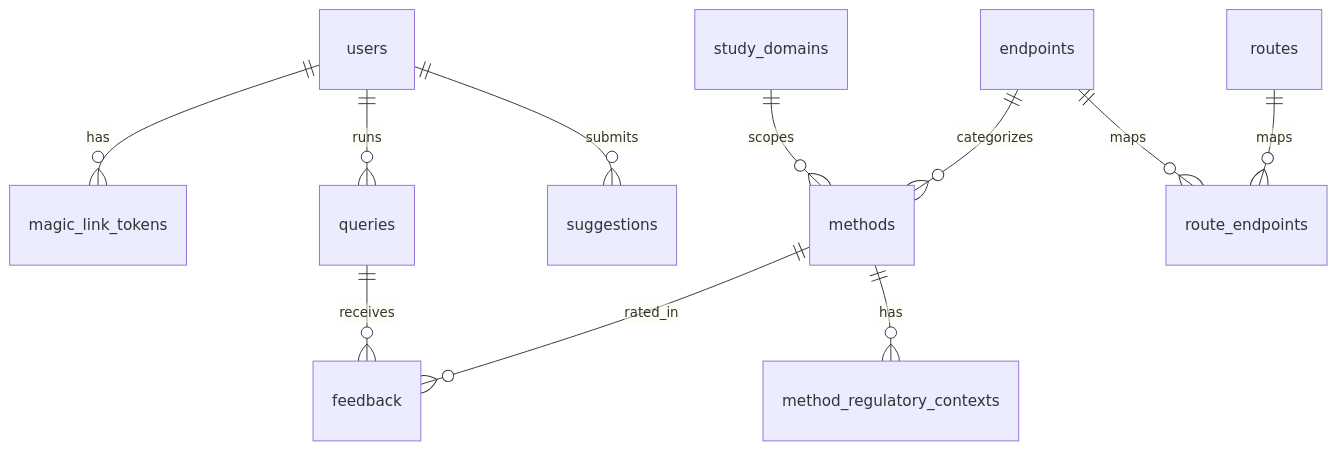
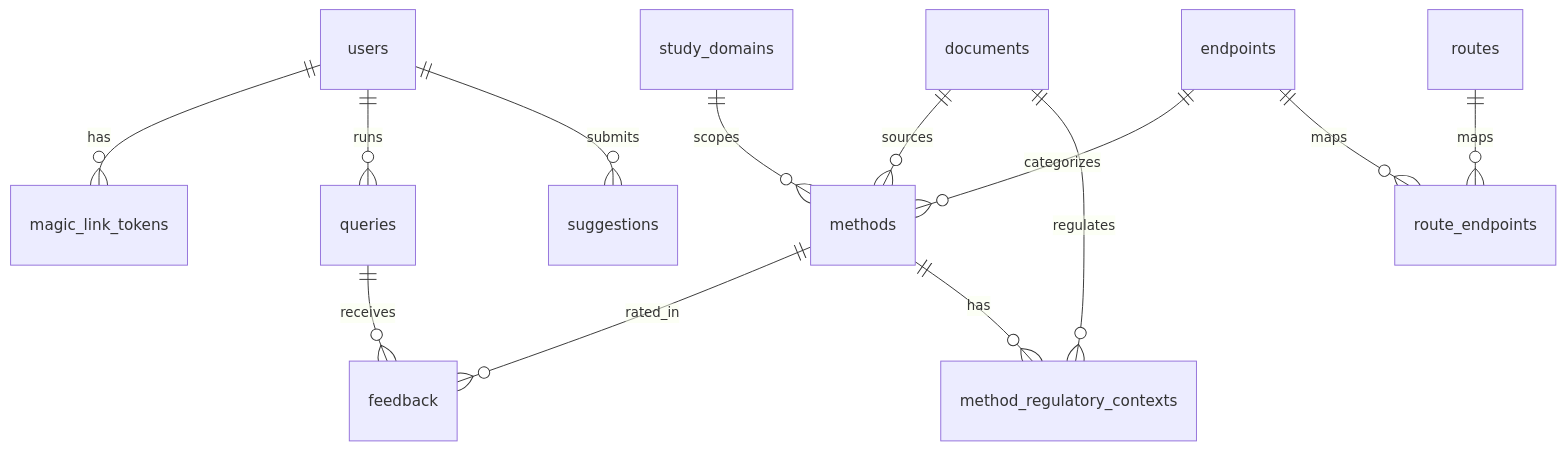
One commit to frcsantos/3R-assist changed the diagram in docs/tables.md. Above: the diagram before and after it, drawn with Mermaid. The commit also changed other lines of this file and 34 other files, not shown here.

Commit message:
many changes to the db schema

````diff
--- a/docs/tables.md
+++ b/docs/tables.md
@@ -261,13 +273,15 @@
 ```mermaid
 erDiagram
     users ||--o{ magic_link_tokens : has
     users ||--o{ queries : runs
     users ||--o{ suggestions : submits
     queries ||--o{ feedback : receives
     methods ||--o{ feedback : rated_in
     methods ||--o{ method_regulatory_contexts : has
+    documents ||--o{ methods : sources
+    documents ||--o{ method_regulatory_contexts : regulates
     endpoints ||--o{ methods : categorizes
     study_domains ||--o{ methods : scopes
     routes ||--o{ route_endpoints : maps
     endpoints ||--o{ route_endpoints : maps
 ```
````
